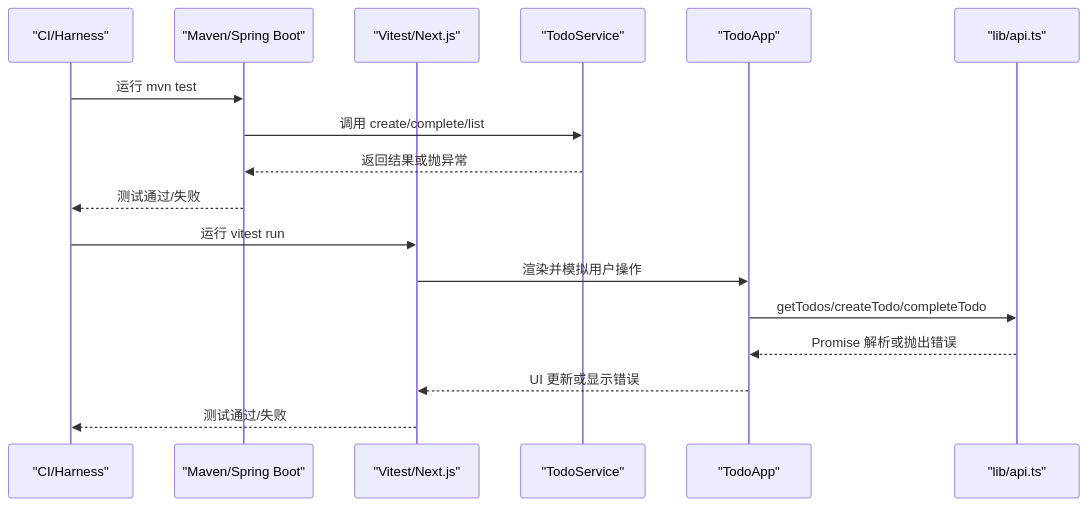
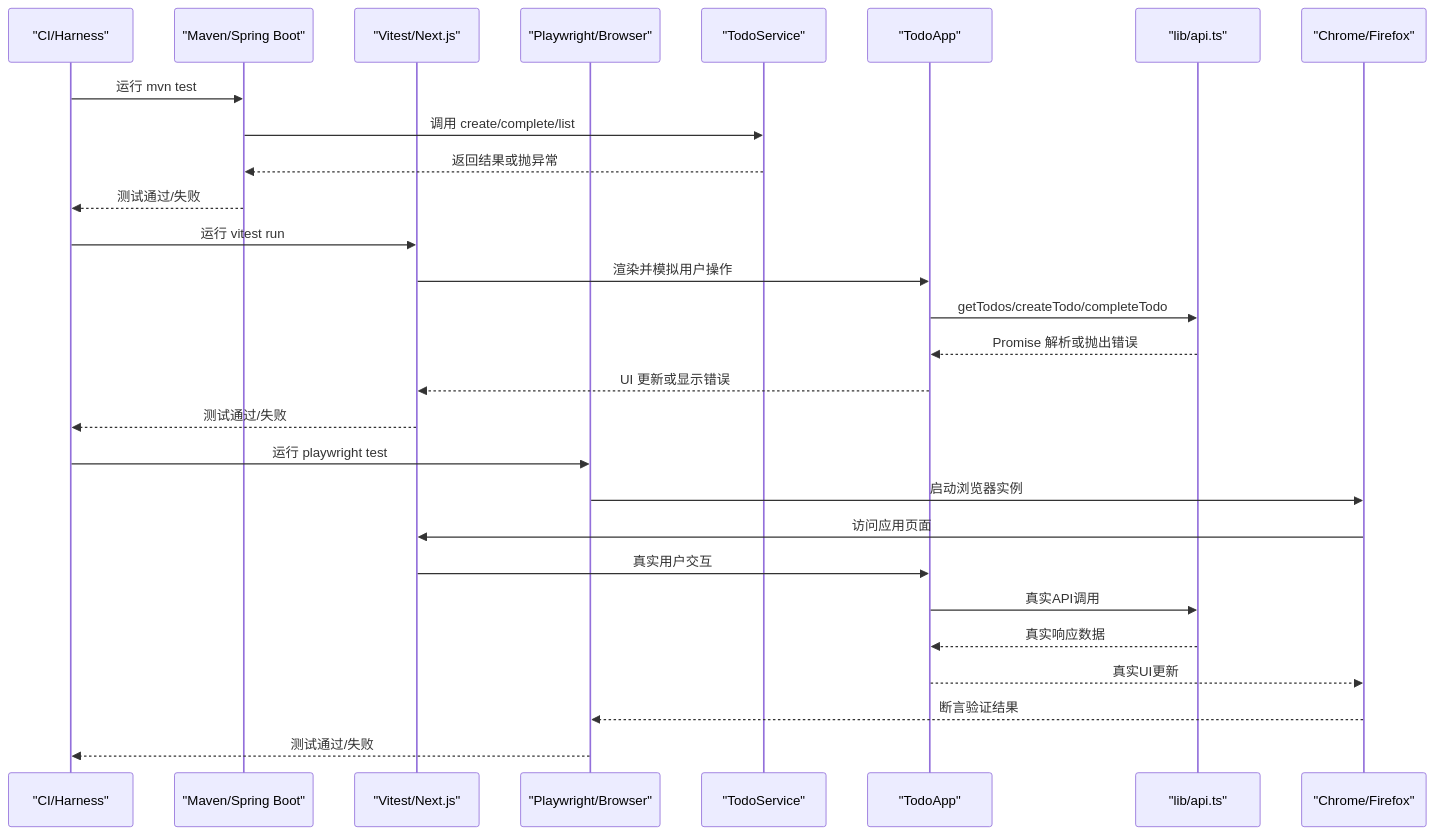
Before and after one commit to luyitiger6/my-first-project: the second of 7 diagrams in .qoder/repowiki/zh/content/测试策略.md, drawn with Mermaid. The commit also changed other lines of this file and 33 other files, not shown here.

````diff
--- a/.qoder/repowiki/zh/content/测试策略.md
+++ b/.qoder/repowiki/zh/content/测试策略.md
@@ -105,19 +148,30 @@
 ```mermaid
 sequenceDiagram
 participant CI as "CI/Harness"
 participant Backend as "Maven/Spring Boot"
 participant Frontend as "Vitest/Next.js"
+participant E2E as "Playwright/Browser"
 participant Service as "TodoService"
 participant Component as "TodoApp"
 participant ApiClient as "lib/api.ts"
+participant Browser as "Chrome/Firefox"
 CI->>Backend : 运行 mvn test
 Backend->>Service : 调用 create/complete/list
 Service-->>Backend : 返回结果或抛异常
 Backend-->>CI : 测试通过/失败
 CI->>Frontend : 运行 vitest run
 Frontend->>Component : 渲染并模拟用户操作
 Component->>ApiClient : getTodos/createTodo/completeTodo
 ApiClient-->>Component : Promise 解析或抛出错误
 Component-->>Frontend : UI 更新或显示错误
 Frontend-->>CI : 测试通过/失败
+CI->>E2E : 运行 playwright test
+E2E->>Browser : 启动浏览器实例
+Browser->>Frontend : 访问应用页面
+Frontend->>Component : 真实用户交互
+Component->>ApiClient : 真实API调用
+ApiClient-->>Component : 真实响应数据
+Component-->>Browser : 真实UI更新
+Browser-->>E2E : 断言验证结果
+E2E-->>CI : 测试通过/失败
 ```
````
